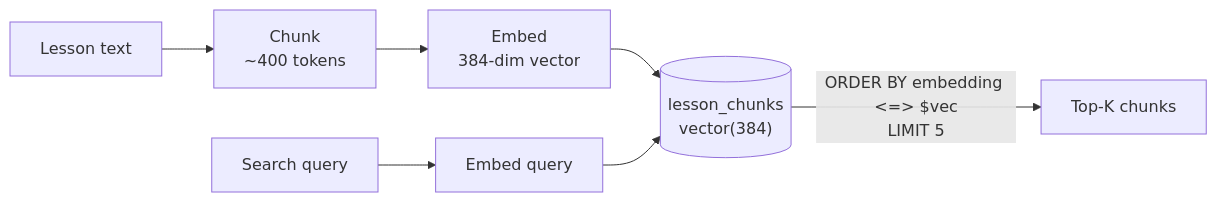
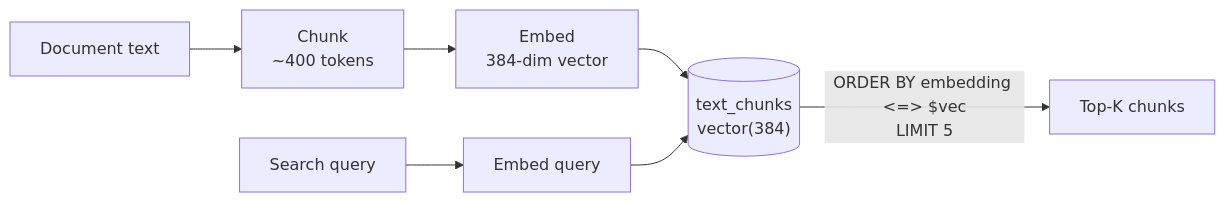
The third of 3 diagrams in src/content/docs/concepts/data-storage.md (Hamza-Afraiz/Python-learning), drawn with Mermaid before and after one commit. The commit also changed other lines of this file and 5 other files, not shown here.

````diff
--- a/src/content/docs/concepts/data-storage.md
+++ b/src/content/docs/concepts/data-storage.md
@@ -62,9 +62,9 @@
 ```mermaid
 flowchart LR
-    L["Lesson text"] --> CH["Chunk<br/>~400 tokens"]
+    L["Document text"] --> CH["Chunk<br/>~400 tokens"]
     CH --> EM["Embed<br/>384-dim vector"]
-    EM --> V[("lesson_chunks<br/>vector(384)")]
+    EM --> V[("text_chunks<br/>vector(384)")]
     Qy["Search query"] --> EM2["Embed query"]
     EM2 --> V
     V -->|"ORDER BY embedding <=> $vec<br/>LIMIT 5"| R["Top-K chunks"]
 ```
````
